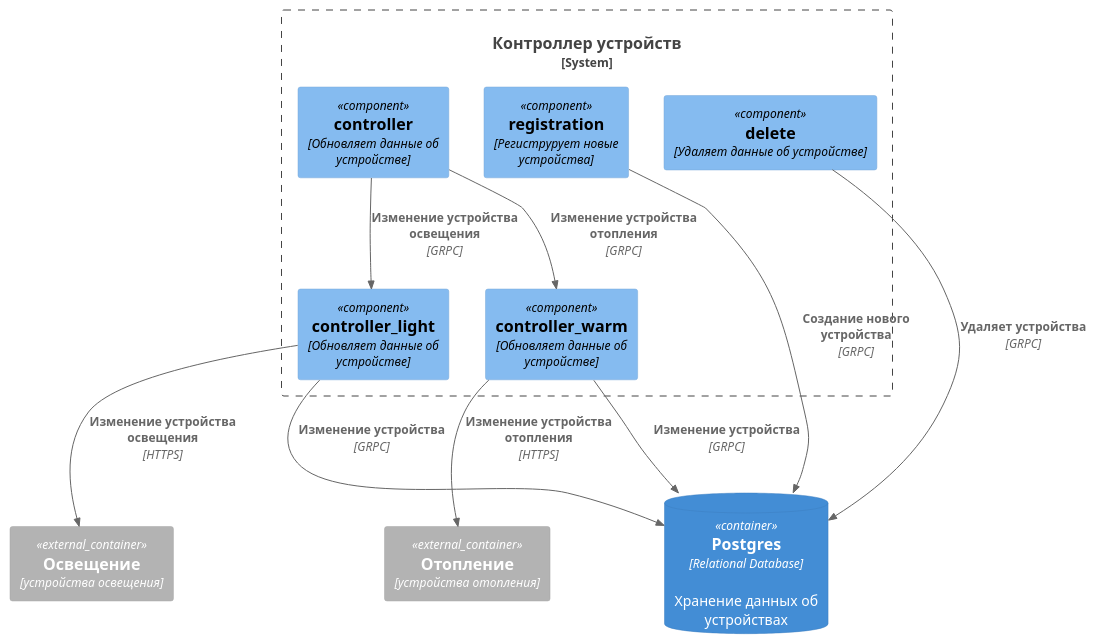
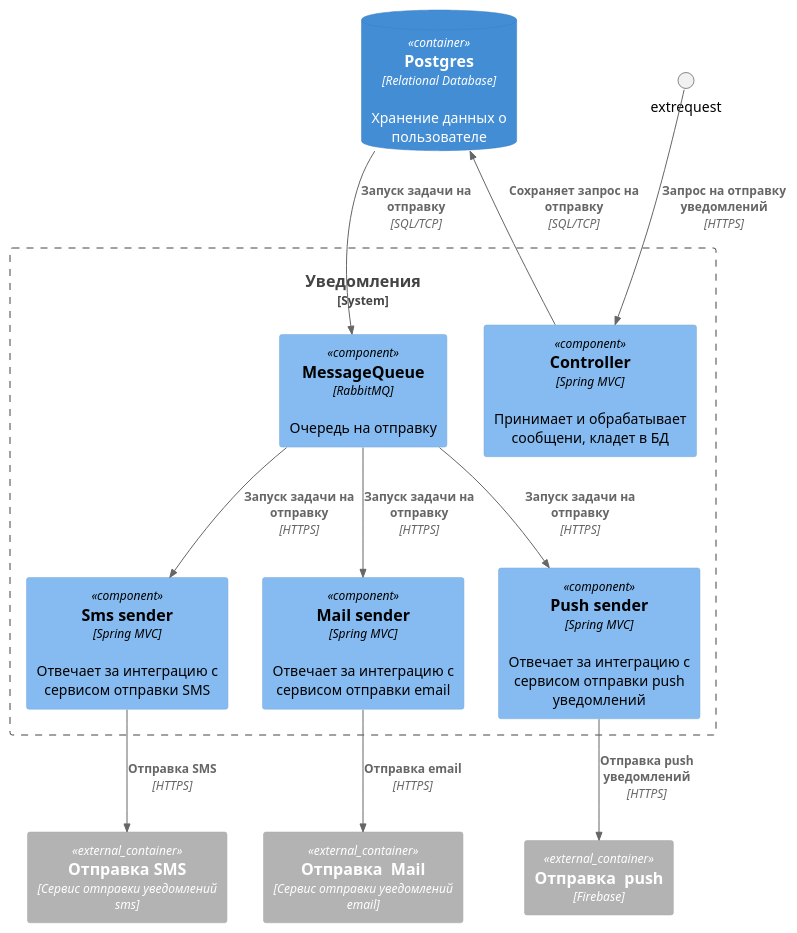
The diagram in components/C4_3_TO_BE_Components_notification.puml (ZhurkinAngular/Warmhouse), drawn with PlantUML before and after one commit. The commit also changed 7 other files, not shown here.

```diff
--- a/components/C4_3_TO_BE_Components_notification.puml
+++ b/components/C4_3_TO_BE_Components_notification.puml
@@ -1,29 +1,31 @@
 @startuml
 !include <C4/C4_Container>
 !include <C4/C4_Component>
 
-System_Boundary(c1, "Контроллер устройств") {
-  Component(registration, "registration", "Региструрует новые устройства")
-  Component(controller, "controller", "Обновляет данные об устройстве")
-  Component(controller_light, "controller_light", "Обновляет данные об устройстве")
-  Component(controller_warm, "controller_warm", "Обновляет данные об устройстве")
-  Component(delete, "delete", "Удаляет данные об устройстве")
+System_Boundary(c1, "Уведомления") {
+Component(controller, "Controller", "Spring MVC","Принимает и обрабатывает сообщени, кладет в БД")
+  Component(notification_queue, "MessageQueue", "RabbitMQ","Очередь на отправку")
+  Component(controller_sms, "Sms sender", "Spring MVC","Отвечает за интеграцию с сервисом отправки SMS")
+  Component(controller_mail, "Mail sender", "Spring MVC","Отвечает за интеграцию с сервисом отправки email")
+  Component(controller_push, "Push sender", "Spring MVC","Отвечает за интеграцию с сервисом отправки push уведомлений")
+  
 }
 
-ContainerDb(devices_db, "Postgres", "Relational Database", "Хранение данных об устройствах")
-Container_Ext(device_light, "Освещение", "устройства освещения")
-Container_Ext(device_warm, "Отопление", "устройства отопления")
+ContainerDb(users_db, "Postgres", "Relational Database", "Хранение данных о пользователе")
+Container_Ext(notification_sms, "Отправка SMS", "Сервис отправки уведомлений sms")
+Container_Ext(notification_mail, "Отправка  Mail", "Сервис отправки уведомлений email")
+Container_Ext(notification_push, "Отправка  push", "Firebase")
 
 
-Rel(registration, devices_db, "Создание нового устройства", "GRPC")
-Rel(controller_light, devices_db, "Изменение устройства", "GRPC")
-Rel(controller_warm, devices_db, "Изменение устройства", "GRPC")
-Rel(delete, devices_db, "Удаляет устройства", "GRPC")
+Rel(extrequest, controller, "Запрос на отправку уведомлений", "HTTPS")
+Rel(controller, users_db, "Сохраняет запрос на отправку", "SQL/TCP")
 
-Rel(controller, controller_light, "Изменение устройства освещения", "GRPC")
-Rel(controller, controller_warm, "Изменение устройства отопления", "GRPC")
-
-Rel(controller_light, device_light, "Изменение устройства освещения", "HTTPS")
-Rel(controller_warm, device_warm, "Изменение устройства отопления", "HTTPS")
+Rel(controller_sms, notification_sms, "Отправка SMS", "HTTPS")
+Rel(controller_mail, notification_mail, "Отправка email", "HTTPS")
+Rel(controller_push, notification_push, "Отправка push уведомлений", "HTTPS")
+Rel(users_db, notification_queue, "Запуск задачи на отправку", "SQL/TCP")
+Rel(notification_queue, controller_sms, "Запуск задачи на отправку", "HTTPS")
+Rel(notification_queue, controller_mail, "Запуск задачи на отправку", "HTTPS")
+Rel(notification_queue, controller_push, "Запуск задачи на отправку", "HTTPS")
 
 @enduml
```
